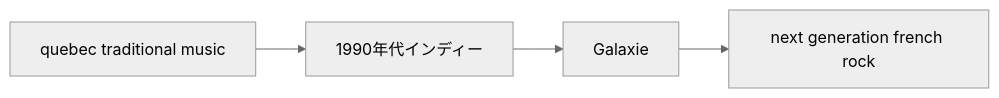
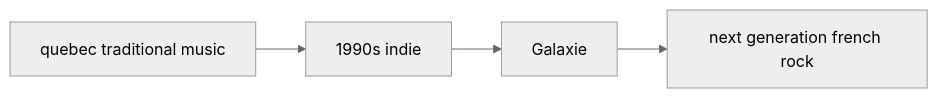
One commit to monumental-movement/monumental-movement.github.io changed the seventh of 8 diagrams in en/_posts/2026-05-07-column-galaxie.md. Above: the diagram before and after it, drawn with Mermaid (neutral theme). The commit also changed other lines of this file and 851 other files, not shown here.

```diff
--- a/en/_posts/2026-05-07-column-galaxie.md
+++ b/en/_posts/2026-05-07-column-galaxie.md
@@ -428,6 +428,6 @@
 <div class="mermaid">
 flowchart LR
-A[quebec traditional music] --> B[1990年代インディー]
+A[quebec traditional music] --> B[1990s indie]
 B --> C[Galaxie]
 C --> D[next generation french rock]
 </div>
```
